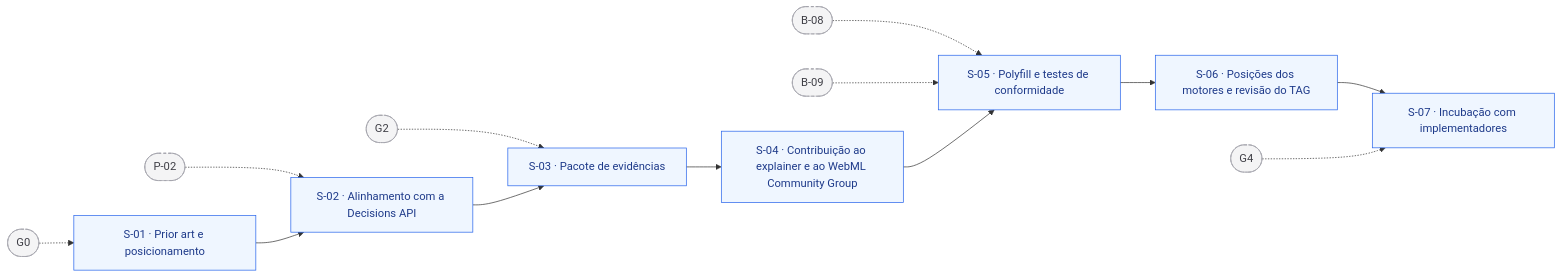
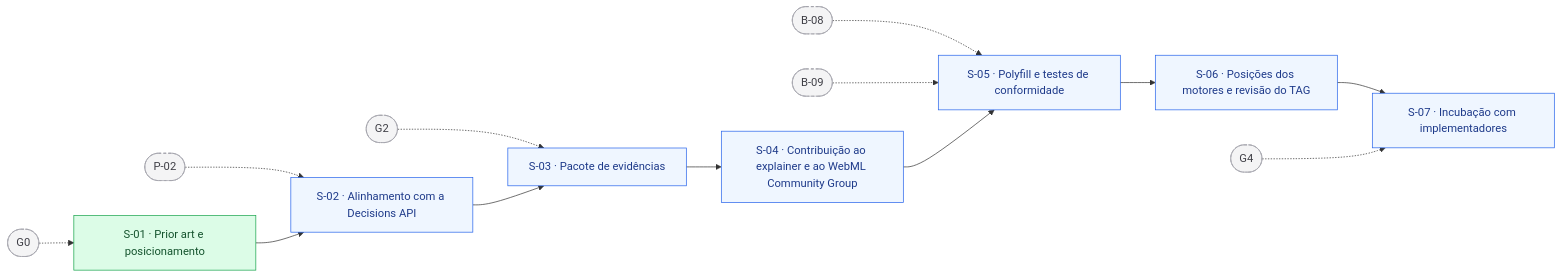
The eighth of 9 diagrams in ROADMAP.md (frederico-kluser/som-webcore), drawn with Mermaid before and after one commit. The commit also changed other lines of this file and 45 other files, not shown here.

````diff
--- a/ROADMAP.md
+++ b/ROADMAP.md
@@ -1112,36 +1126,36 @@
 ```mermaid
 flowchart LR
     G0(["G0"]):::ext
     P02(["P-02"]):::ext
     G2(["G2"]):::ext
     B08(["B-08"]):::ext
     B09(["B-09"]):::ext
     G4(["G4"]):::ext
-    S01["S-01 · Prior art e posicionamento"]:::todo
+    S01["S-01 · Prior art e posicionamento"]:::done
     S02["S-02 · Alinhamento com a Decisions API"]:::todo
     S03["S-03 · Pacote de evidências"]:::todo
     S04["S-04 · Contribuição ao explainer e ao WebML Community Group"]:::todo
     S05["S-05 · Polyfill e testes de conformidade"]:::todo
     S06["S-06 · Posições dos motores e revisão do TAG"]:::todo
     S07["S-07 · Incubação com implementadores"]:::todo
     G0 -.-> S01
     P02 -.-> S02
     S01 --> S02
     G2 -.-> S03
     S02 --> S03
     S03 --> S04
     B08 -.-> S05
     B09 -.-> S05
     S04 --> S05
     S05 --> S06
     S06 --> S07
     G4 -.-> S07
     classDef done fill:#dcfce7,stroke:#16a34a,color:#14532d;
     classDef doing fill:#fef9c3,stroke:#ca8a04,color:#713f12;
     classDef todo fill:#eff6ff,stroke:#2563eb,color:#1e3a8a;
     classDef gate fill:#fae8ff,stroke:#a21caf,color:#701a75;
     classDef fork fill:#ffedd5,stroke:#ea580c,color:#7c2d12;
     classDef opt fill:#f8fafc,stroke:#64748b,color:#334155,stroke-dasharray: 5 4;
     classDef off fill:#f4f4f5,stroke:#d4d4d8,color:#a1a1aa;
     classDef ext fill:#f4f4f5,stroke:#a1a1aa,color:#3f3f46,stroke-dasharray: 4 3;
 ```
````
